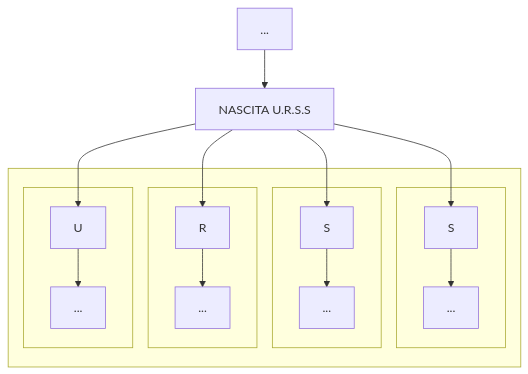
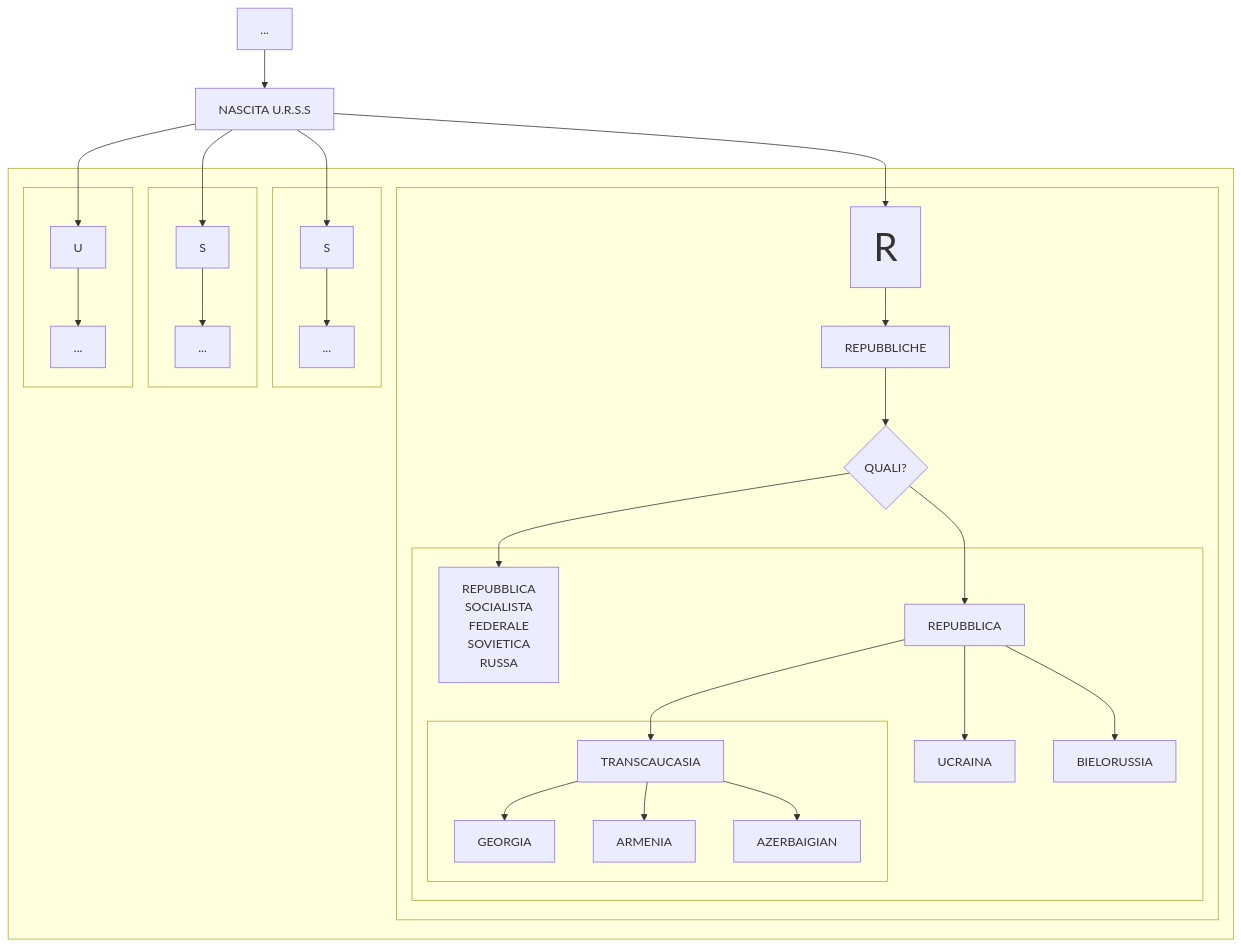
One commit to Laaouatni/ricerca-storia-MermaidJS changed the diagram in prova.md. Above: the diagram before and after it, drawn with Mermaid.

````diff
--- a/prova.md
+++ b/prova.md
@@ -1,28 +1,44 @@
 ```mermaid
 flowchart TB
+  classDef classGrande font-size: 50px;
   0[...]
   1[NASCITA U.R.S.S]
   subgraph 15[" "]
     subgraph 10[" "]
       100[U]
       1000[...]
       100 --> 1000
     end
-    subgraph 11[" "]
-      110[R]
-      1100[...]
-      110 --> 1100
+    subgraph 22[" "]
+      220[R]:::classGrande
+      2200[REPUBBLICHE]
+      22000{QUALI?}
+      subgraph 3[" "]
+          30[REPUBBLICA <br> SOCIALISTA <br> FEDERALE <br> SOVIETICA <br> RUSSA]
+          31[REPUBBLICA]
+          310[UCRAINA]
+          311[BIELORUSSIA]
+          subgraph 4[" "]
+              312[TRANSCAUCASIA]
+              3120[GEORGIA]
+              3121[ARMENIA]
+              3122[AZERBAIGIAN]
+          end
+          312 --> 3120 & 3121 & 3122
+          31 --> 310 & 311 & 312
+      end
+      220 --> 2200 --> 22000 --> 30 & 31
     end
     subgraph 12[" "]
       120[S]
       1200[...]
       120 --> 1200
     end
     subgraph 13[" "]
       130[S]
       1300[...]
       130 --> 1300
     end
   end
-  0 --> 1 --> 100 & 110 & 120 & 130
+  0 --> 1 --> 100 & 220 & 120 & 130
 ```
````
